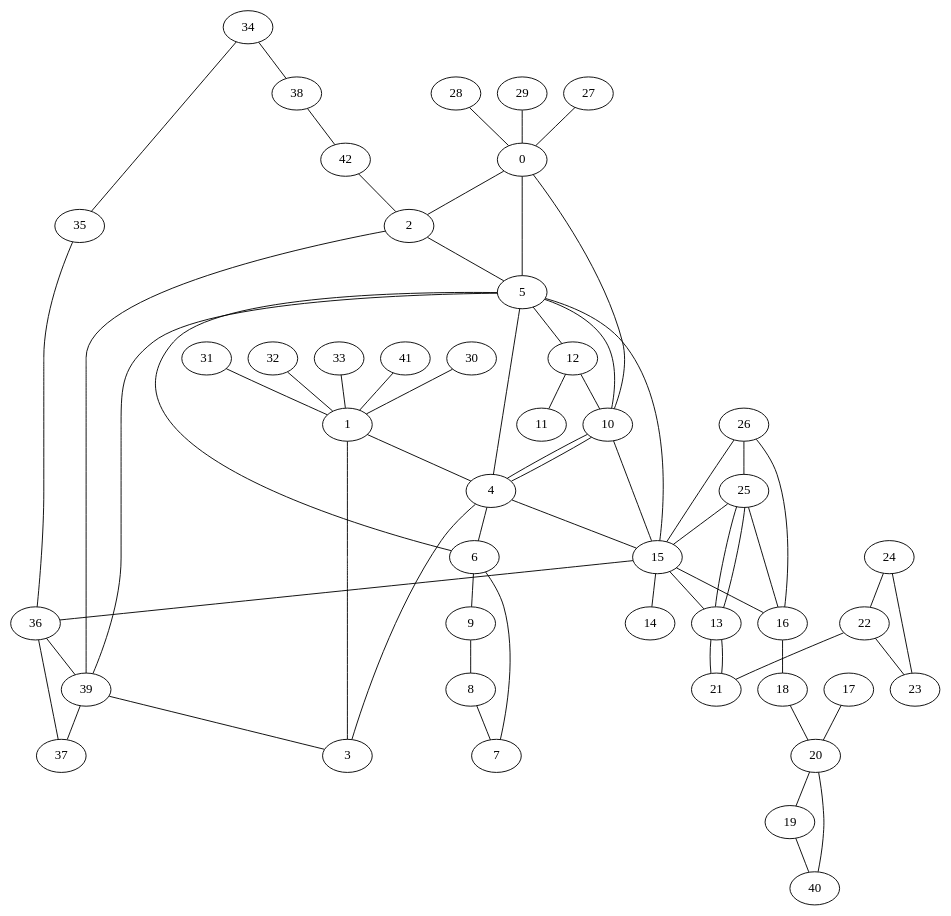
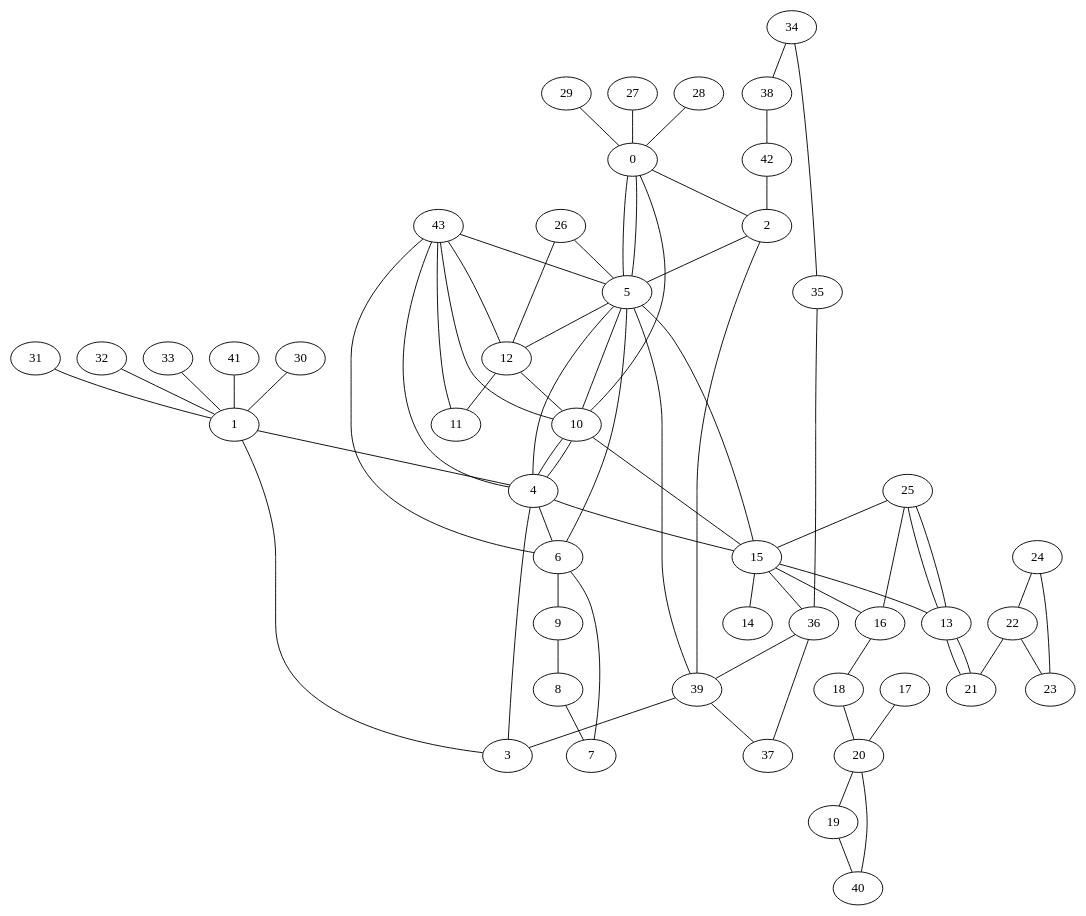
Before and after one commit to harrietrc/se306-project1: the diagram in test.dot, drawn with Graphviz. The commit also changed 3 other files, not shown here.

```diff
--- a/test.dot
+++ b/test.dot
@@ -1,110 +1,117 @@
 graph G {
 0;
 1;
 2;
 3;
 4;
 5;
 6;
 7;
 8;
 9;
 10;
 11;
 12;
 13;
 14;
 15;
 16;
 17;
 18;
 19;
 20;
 21;
 22;
 23;
 24;
 25;
 26;
 27;
 28;
 29;
 30;
 31;
 32;
 33;
 34;
 35;
 36;
 37;
 38;
 39;
 40;
 41;
 42;
+43;
 0--2 ;
 1--3 ;
 2--5 ;
 3--4 ;
 5--6 ;
 4--6 ;
 6--9 ;
 9--8 ;
 8--7 ;
 7--6 ;
 4--5 ;
 5--12 ;
 12--11 ;
 12--10 ;
 5--10 ;
 10--15 ;
 15--16 ;
 15--14 ;
 15--13 ;
 16--18 ;
 18--20 ;
 17--20 ;
 20--19 ;
 13--21 ;
 22--23 ;
 24--22 ;
 27--0 ;
 28--0 ;
 29--0 ;
 31--1 ;
 32--1 ;
 33--1 ;
 30--1 ;
 22--21 ;
 25--15 ;
-26--15 ;
 24--23 ;
 10--4 ;
 25--13 ;
 25--13 ;
-26--25 ;
 21--13 ;
 0--10 ;
 34--35 ;
 35--36 ;
 36--37 ;
 34--38 ;
 38--42 ;
 2--39 ;
 39--3 ;
 39--5 ;
 39--37 ;
 19--40 ;
 40--20 ;
 41--1 ;
 42--2 ;
 36--39 ;
 15--36 ;
 4--10 ;
 25--16 ;
-26--16 ;
 4--15 ;
 5--15 ;
 1--4 ;
 0--5 ;
+26--12 ;
+26--5 ;
+0--5 ;
+43--12 ;
+43--11 ;
+43--10 ;
+43--5 ;
+43--6 ;
+43--4 ;
 }
```
